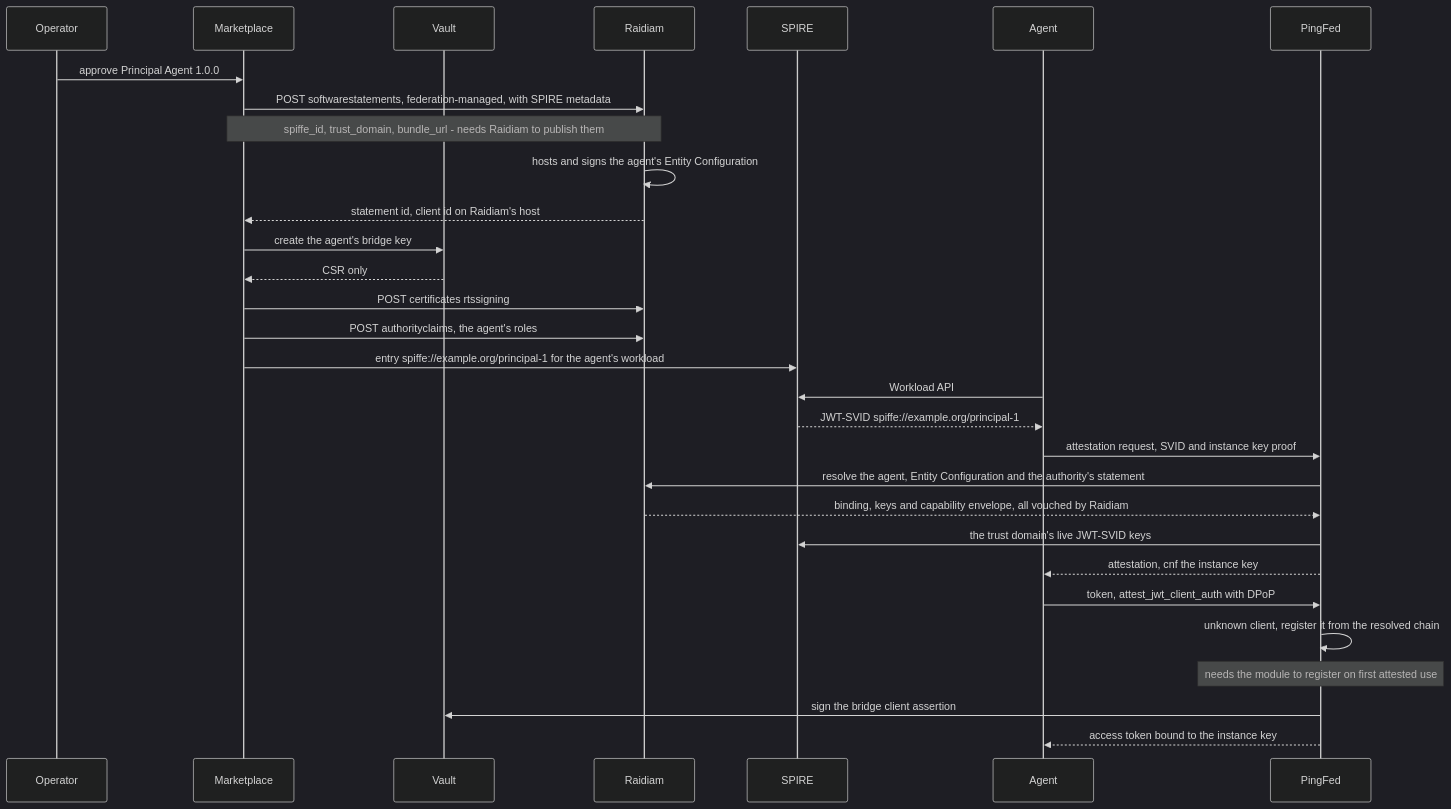
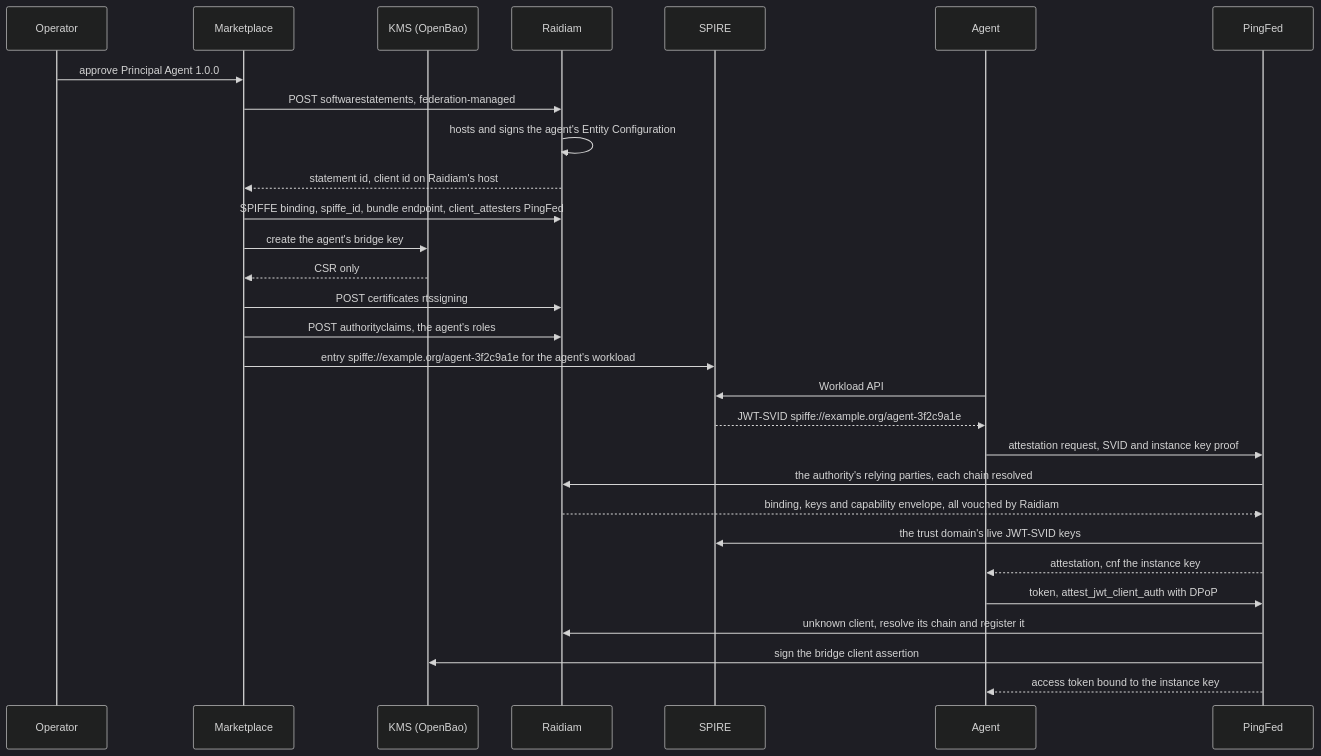
One commit to MC-IDPartners/pf-agentic-identity changed diagram 21 of 21 in demo/flows.md. Above: the diagram before and after it, drawn with Mermaid (dark theme). The commit also changed other lines of this file and 8 other files, not shown here.

````diff
--- a/demo/flows.md
+++ b/demo/flows.md
@@ -609,32 +626,31 @@
 ```mermaid
 sequenceDiagram
     participant Op as Operator
     participant MP as Marketplace
-    participant VT as Vault
+    participant KMS as KMS (OpenBao)
     participant RD as Raidiam
     participant SP as SPIRE
     participant AG as Agent
     participant PF as PingFed
     Op->>MP: approve Principal Agent 1.0.0
-    MP->>RD: POST softwarestatements, federation-managed, with SPIRE metadata
-    Note over MP,RD: spiffe_id, trust_domain, bundle_url - needs Raidiam to publish them
+    MP->>RD: POST softwarestatements, federation-managed
     RD->>RD: hosts and signs the agent's Entity Configuration
     RD-->>MP: statement id, client id on Raidiam's host
-    MP->>VT: create the agent's bridge key
-    VT-->>MP: CSR only
+    MP->>RD: SPIFFE binding, spiffe_id, bundle endpoint, client_attesters PingFed
+    MP->>KMS: create the agent's bridge key
+    KMS-->>MP: CSR only
     MP->>RD: POST certificates rtssigning
     MP->>RD: POST authorityclaims, the agent's roles
-    MP->>SP: entry spiffe://example.org/principal-1 for the agent's workload
+    MP->>SP: entry spiffe://example.org/agent-3f2c9a1e for the agent's workload
     AG->>SP: Workload API
-    SP-->>AG: JWT-SVID spiffe://example.org/principal-1
+    SP-->>AG: JWT-SVID spiffe://example.org/agent-3f2c9a1e
     AG->>PF: attestation request, SVID and instance key proof
-    PF->>RD: resolve the agent, Entity Configuration and the authority's statement
+    PF->>RD: the authority's relying parties, each chain resolved
     RD-->>PF: binding, keys and capability envelope, all vouched by Raidiam
     PF->>SP: the trust domain's live JWT-SVID keys
     PF-->>AG: attestation, cnf the instance key
     AG->>PF: token, attest_jwt_client_auth with DPoP
-    PF->>PF: unknown client, register it from the resolved chain
-    Note over PF: needs the module to register on first attested use
-    PF->>VT: sign the bridge client assertion
+    PF->>RD: unknown client, resolve its chain and register it
+    PF->>KMS: sign the bridge client assertion
     PF-->>AG: access token bound to the instance key
 ```
````
